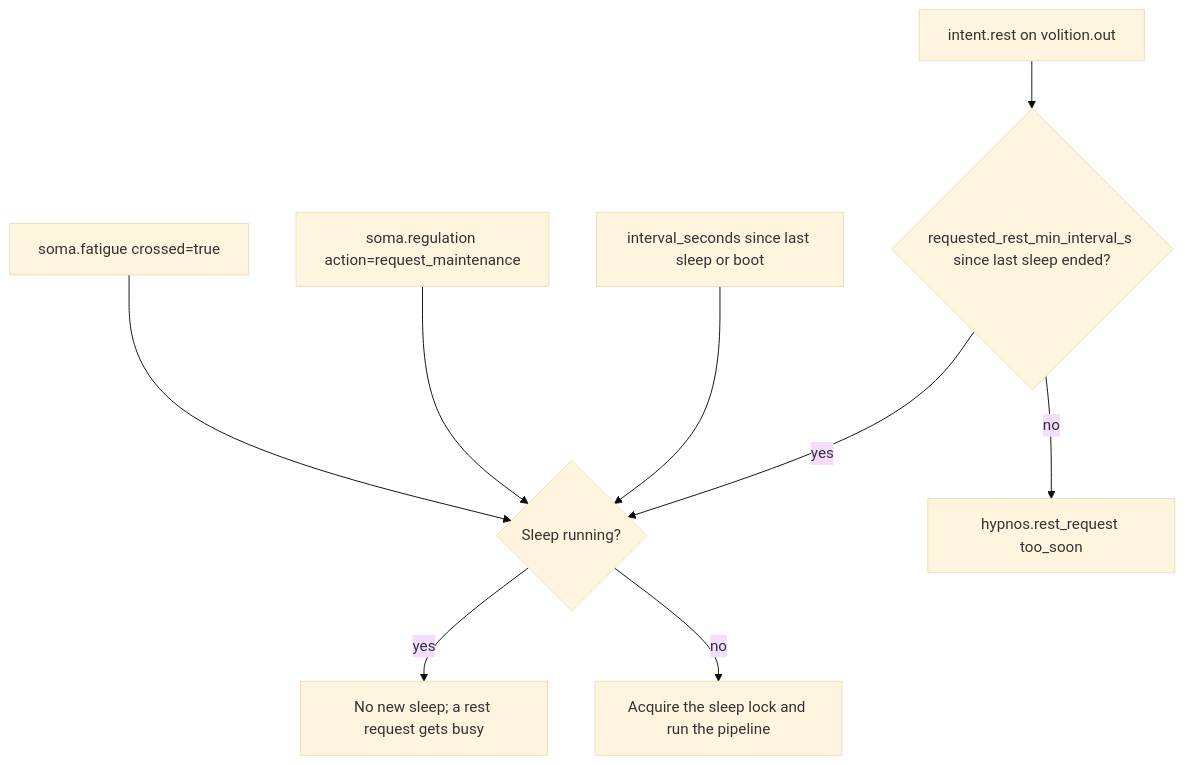
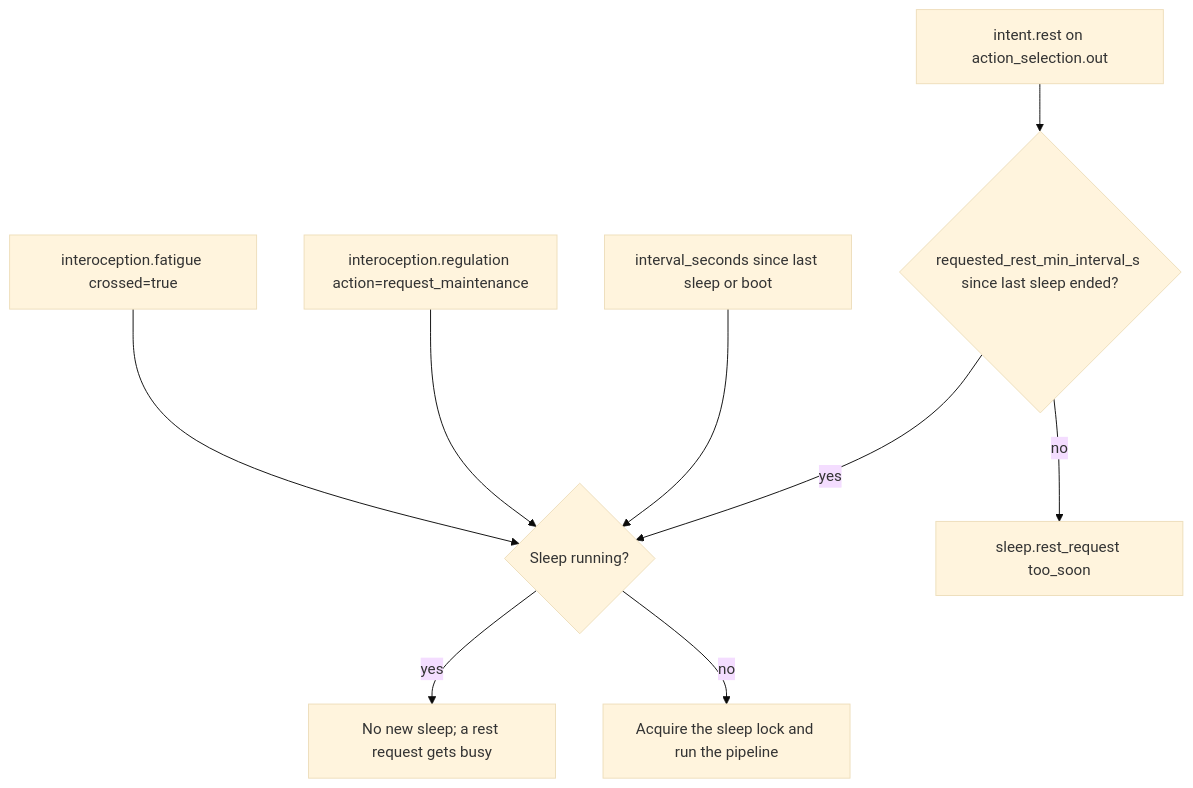
The first of 2 diagrams in docs/10-sleep/README.md (kaineone/kaine), drawn with Mermaid (base theme) before and after one commit. The commit also changed other lines of this file and 967 other files, not shown here.

````diff
--- a/docs/10-sleep/README.md
+++ b/docs/10-sleep/README.md
@@ -17,11 +17,11 @@
 ```mermaid
 flowchart TD
-    A[soma.fatigue crossed=true] --> B{Sleep running?}
-    G[soma.regulation action=request_maintenance] --> B
+    A[interoception.fatigue crossed=true] --> B{Sleep running?}
+    G[interoception.regulation action=request_maintenance] --> B
     F[interval_seconds since last sleep or boot] --> B
-    H[intent.rest on volition.out] --> I{requested_rest_min_interval_s since last sleep ended?}
-    I -->|no| J[hypnos.rest_request too_soon]
+    H[intent.rest on action_selection.out] --> I{requested_rest_min_interval_s since last sleep ended?}
+    I -->|no| J[sleep.rest_request too_soon]
     I -->|yes| B
     B -->|yes| D[No new sleep; a rest request gets busy]
     B -->|no| E[Acquire the sleep lock and run the pipeline]
 ```
````
